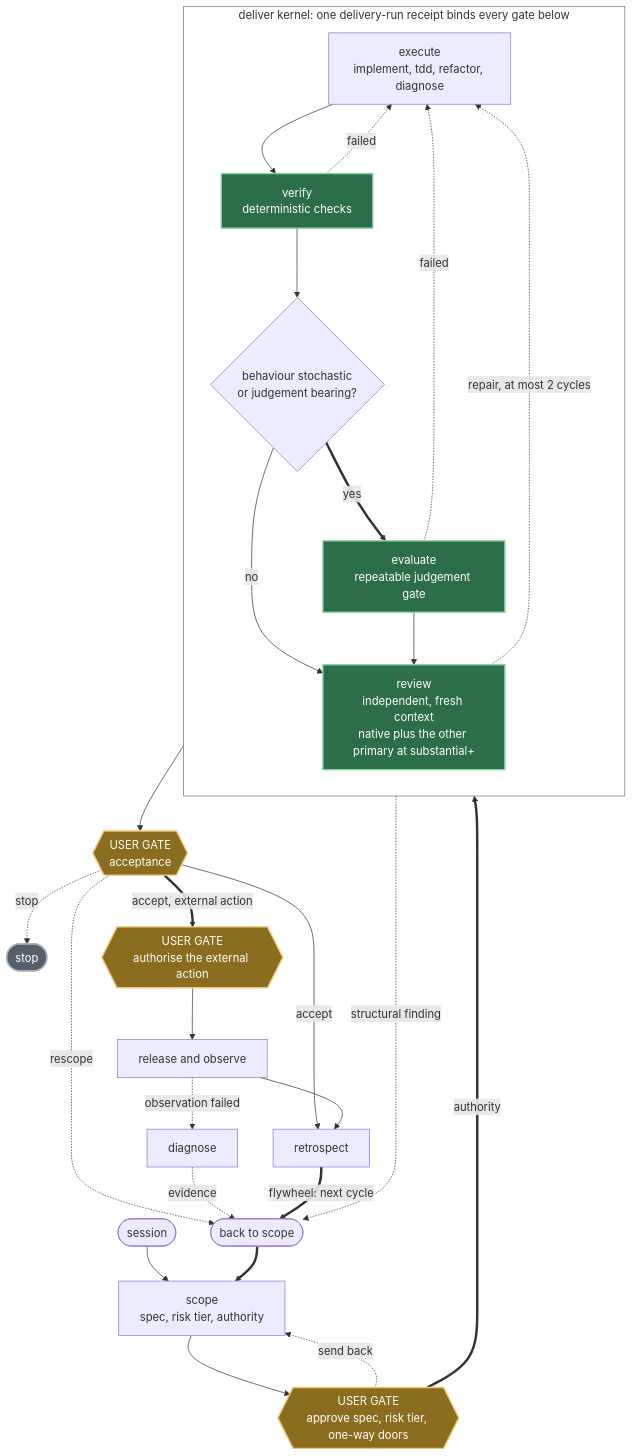
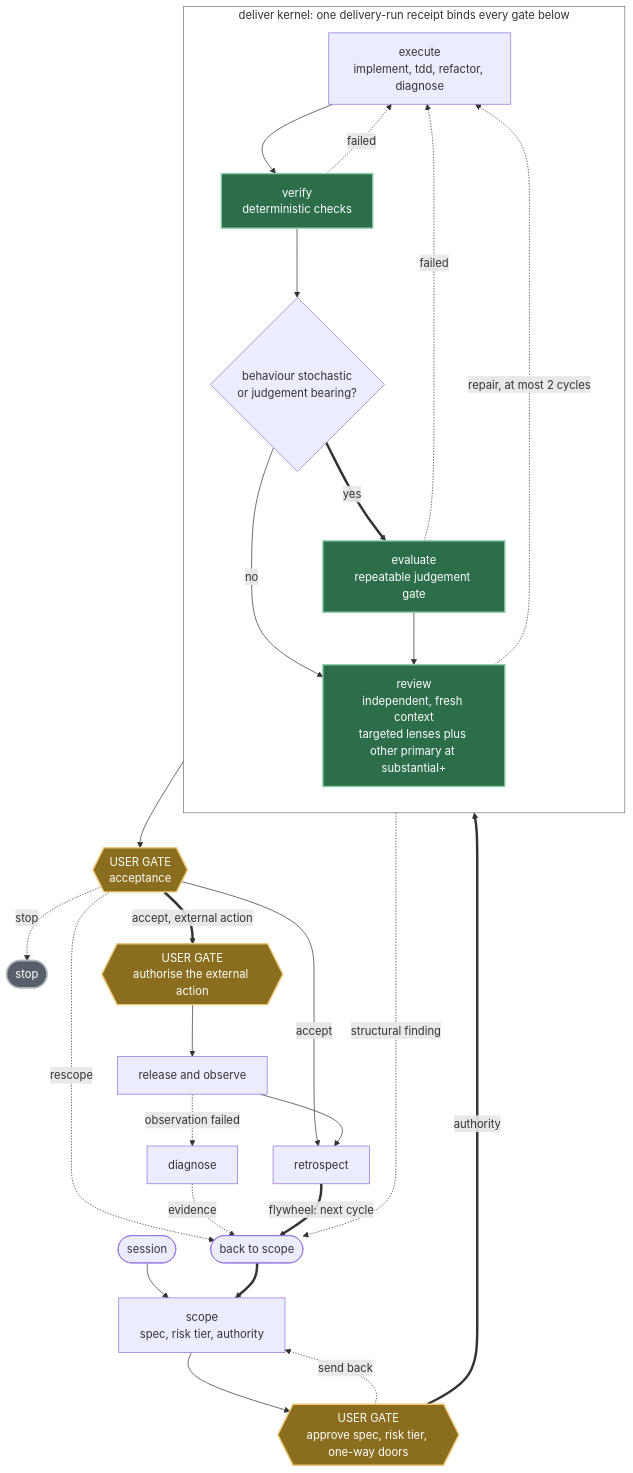
One commit to mblauberg/agent-harness changed the first of 3 diagrams in docs/ARCHITECTURE.md. Above: the diagram before and after it, drawn with Mermaid. The commit also changed other lines of this file and 33 other files, not shown here.

First line of the commit message:
refactor(governance): simplify and unify the review-pressure ladder (#361)

````diff
--- a/docs/ARCHITECTURE.md
+++ b/docs/ARCHITECTURE.md
@@ -44,43 +46,43 @@
 ```mermaid
 flowchart TB
     accTitle: The full delivery lifecycle and its three user gates
-    accDescr: Session prepares context and scope produces the specification, risk tier and authority. A user gate approves the specification or sends it back to scope. Inside the deliver kernel, execute runs implement, tdd, refactor or diagnose, then deterministic verification runs, then a separate conditional evaluate gate runs only when behaviour is stochastic or judgement bearing, then an independent review in a fresh context that never authored the work. Review pressure scales with risk: routine work needs only the chair and its native checks, while substantial and above owe both a fresh native reviewer and the other primary family. A failed check or blocking finding returns to execute for at most 2 repair cycles — a guardrail against unbounded loops, not a target. The user acceptance gate accepts, rescopes or stops. Any external action needs a separate user authorisation before release and observation. A failed observation opens diagnose. Every path that returns work to scope, a structural review finding, a rescope at the acceptance gate, diagnostic evidence and the retrospect flywheel, converges on one back-to-scope collector rather than five separate return edges.
+    accDescr: Session prepares context and scope produces the specification, risk tier and authority. A user gate approves the specification or sends it back to scope. Inside the deliver kernel, execute runs implement, tdd, refactor or diagnose, then deterministic verification runs, then a separate conditional evaluate gate runs only when behaviour is stochastic or judgement bearing, then independent targeted review and other-primary review run in fresh contexts that never authored the work. Review pressure scales with risk according to HARNESS.md, with stronger targeted and adversarial pressure at terminal. A failed check or blocking finding returns to execute for at most 2 repair cycles — a guardrail against unbounded loops, not a target. The user acceptance gate accepts, rescopes or stops. Any external action needs a separate user authorisation before release and observation. A failed observation opens diagnose. Every path that returns work to scope, a structural review finding, a rescope at the acceptance gate, diagnostic evidence and the retrospect flywheel, converges on one back-to-scope collector rather than five separate return edges.
     SE(["session"]) --> SC["scope<br/>spec, risk tier, authority"]
     SC --> G1{{"USER GATE<br/>approve spec, risk tier, one-way doors"}}
     G1 -. "send back" .-> SC
     G1 == "authority" ==> DEL
 
     subgraph DEL["deliver kernel: one delivery-run receipt binds every gate below"]
       direction TB
       EX["execute<br/>implement, tdd, refactor, diagnose"] --> VF["verify<br/>deterministic checks"]
       VF -. "failed" .-> EX
       VF --> Q{"behaviour stochastic<br/>or judgement bearing?"}
       Q -- "no" --> RV
       Q == "yes" ==> EV["evaluate<br/>repeatable judgement gate"]
       EV -. "failed" .-> EX
-      EV --> RV["review<br/>independent, fresh context<br/>native plus the other primary at substantial+"]
+      EV --> RV["review<br/>independent, fresh context<br/>targeted lenses plus other primary at substantial+"]
       RV -. "repair, at most 2 cycles" .-> EX
     end
 
     RV --> G2{{"USER GATE<br/>acceptance"}}
     G2 -. "stop" .-> HALT(["stop"])
     G2 -- "accept" --> RT["retrospect"]
     G2 == "accept, external action" ==> G3{{"USER GATE<br/>authorise the external action"}}
     G3 --> RL["release and observe"]
     RL -. "observation failed" .-> DG["diagnose"]
     RL --> RT
 
     RV -. "structural finding" .-> RS
     G2 -. "rescope" .-> RS
     DG -. "evidence" .-> RS
     RT == "flywheel: next cycle" ==> RS
     RS(["back to scope"]) ==> SC
 
     classDef user fill:#8a6d1f,stroke:#f0c674,color:#ffffff,stroke-width:2px
     classDef blocking fill:#2c6e49,stroke:#8fd0aa,color:#ffffff,stroke-width:2px
     classDef inert fill:#57606a,stroke:#adb5bd,color:#ffffff,stroke-width:2px
     class G1,G2,G3 user
     class VF,EV,RV blocking
     class HALT inert
     style DEL fill:none,stroke:#6e7781,stroke-width:1px
 ```
````
